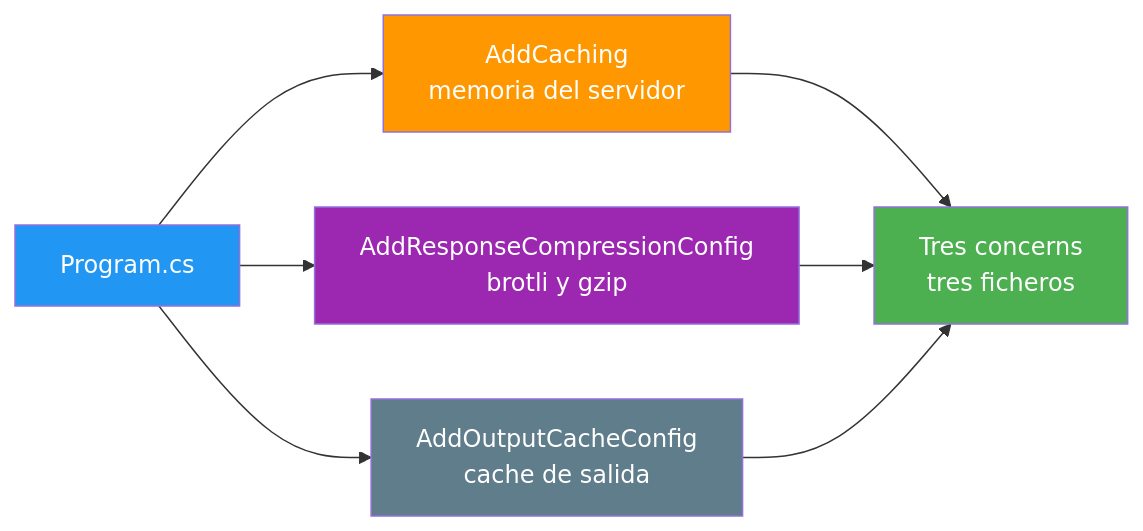
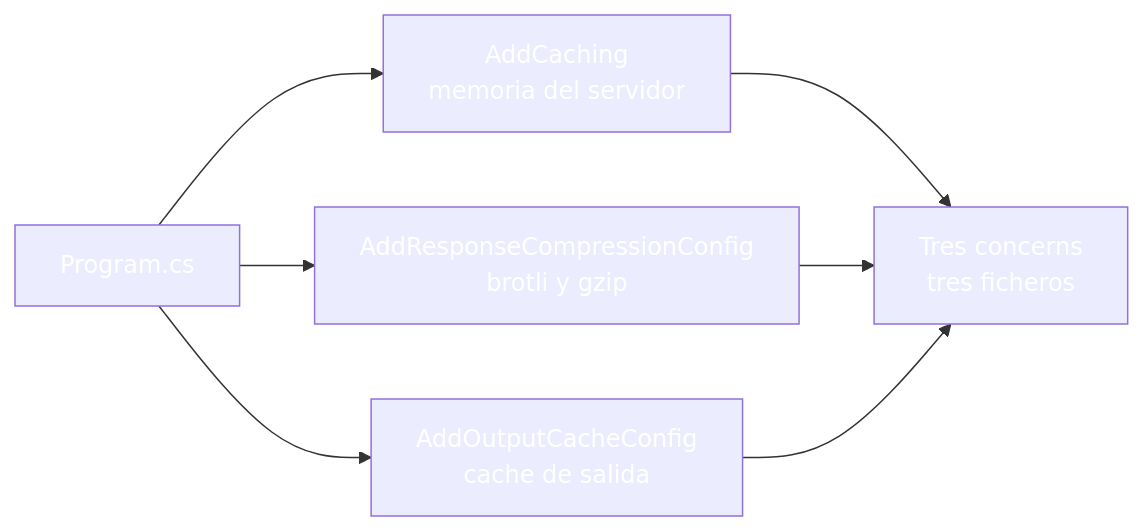
The sixth of 6 diagrams in 21-optimizacion-rendimiento.md (joseluisgs/DesarrolloWebEntornosServidor-03-2026-2027), drawn with Mermaid before and after one commit. The commit also changed other lines of this file and 30 other files, not shown here.

````diff
--- a/21-optimizacion-rendimiento.md
+++ b/21-optimizacion-rendimiento.md
@@ -334,14 +334,14 @@
 ```mermaid
 graph LR
     P["Program.cs"] --> C["AddCaching<br/>memoria del servidor"]
     P --> K["AddResponseCompressionConfig<br/>brotli y gzip"]
     P --> O["AddOutputCacheConfig<br/>cache de salida"]
     C --> B["Tres concerns<br/>tres ficheros"]
     K --> B
     O --> B
-    style P fill:#2196F3,color:#fff
-    style C fill:#FF9800,color:#fff
-    style K fill:#9C27B0,color:#fff
-    style O fill:#607D8B,color:#fff
-    style B fill:#4CAF50,color:#fff
+    style P fill:#2196F,color:#fff3,color:#fff
+    style C fill:#FF980,color:#fff0,color:#fff
+    style K fill:#9C27B,color:#fff0,color:#fff
+    style O fill:#607D8,color:#fffB,color:#fff
+    style B fill:#4CAF5,color:#fff0,color:#fff
 ```
````
